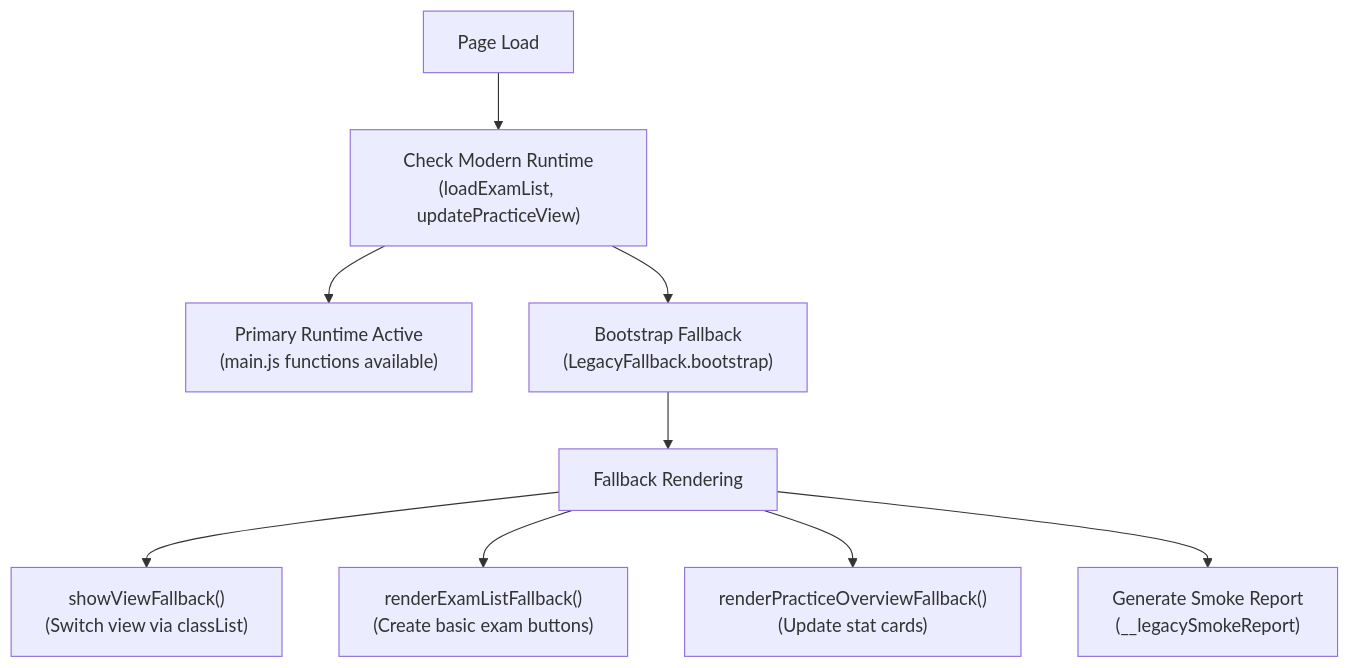
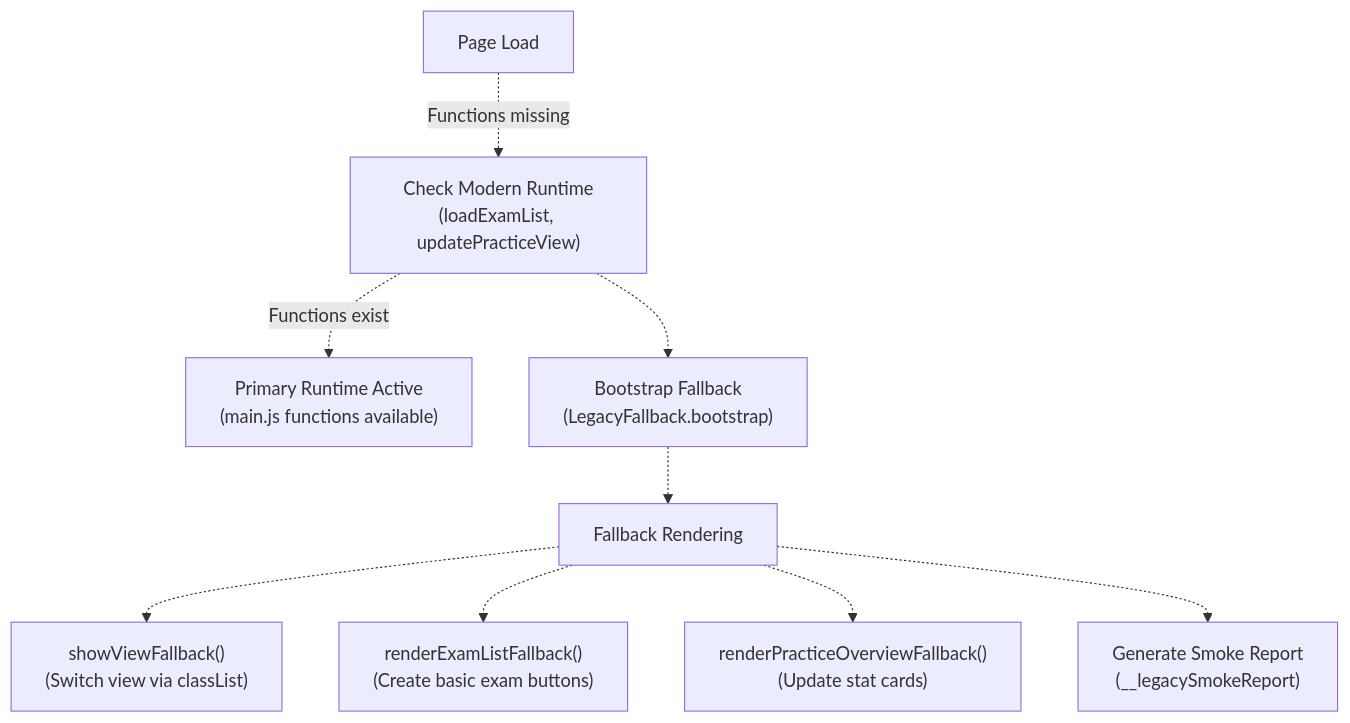
Before and after one commit to sallowayma-git/IELTS-practice: the seventh of 7 diagrams in developer/doc/Wiki/ExamSystemApp-&-State-Management.md, drawn with Mermaid. The commit also changed other lines of this file and 84 other files, not shown here.

````diff
--- a/developer/doc/Wiki/ExamSystemApp-&-State-Management.md
+++ b/developer/doc/Wiki/ExamSystemApp-&-State-Management.md
@@ -643,22 +653,22 @@
 ```mermaid
 flowchart TD
 
 PageLoad["Page Load"]
 CheckModern["Check Modern Runtime<br>(loadExamList, updatePracticeView)"]
 ModernPath["Primary Runtime Active<br>(main.js functions available)"]
 FallbackPath["Bootstrap Fallback<br>(LegacyFallback.bootstrap)"]
 FallbackRender["Fallback Rendering"]
 ShowView["showViewFallback()<br>(Switch view via classList)"]
 RenderExams["renderExamListFallback()<br>(Create basic exam buttons)"]
 RenderStats["renderPracticeOverviewFallback()<br>(Update stat cards)"]
 SmokeReport["Generate Smoke Report<br>(__legacySmokeReport)"]
 
-PageLoad --> CheckModern
-CheckModern --> ModernPath
-CheckModern --> FallbackPath
-FallbackPath --> FallbackRender
-FallbackRender --> ShowView
-FallbackRender --> RenderExams
-FallbackRender --> RenderStats
-FallbackRender --> SmokeReport
+PageLoad -.->|"Functions missing"| CheckModern
+CheckModern -.->|"Functions exist"| ModernPath
+CheckModern -.-> FallbackPath
+FallbackPath -.-> FallbackRender
+FallbackRender -.-> ShowView
+FallbackRender -.-> RenderExams
+FallbackRender -.-> RenderStats
+FallbackRender -.-> SmokeReport
 ```
````
